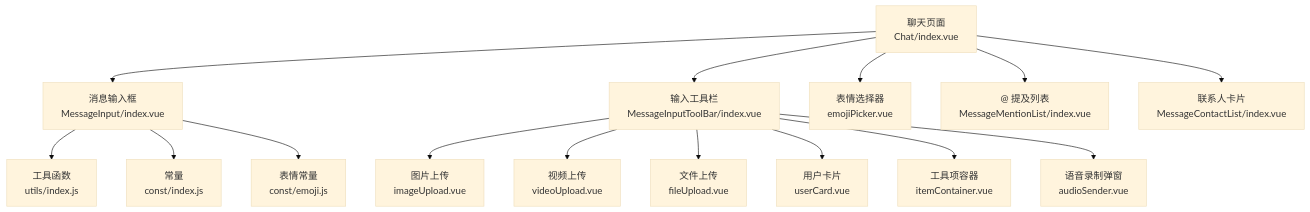
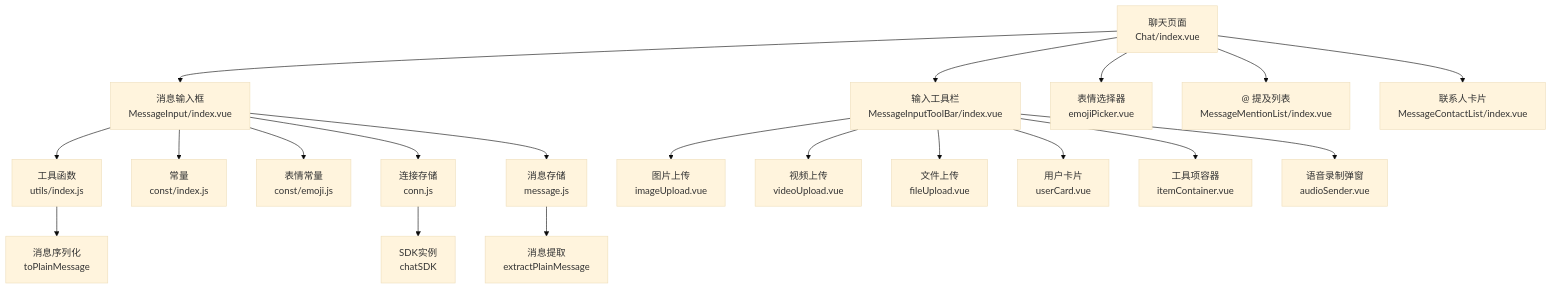
Before and after one commit to Easemob-Community/easemob-uikit-uniapp-community: the first of 8 diagrams in .qoder/repowiki/zh/content/聊天模块/消息输入组件.md, drawn with Mermaid (base theme). The commit also changed other lines of this file and 10 other files, not shown here.

````diff
--- a/.qoder/repowiki/zh/content/聊天模块/消息输入组件.md
+++ b/.qoder/repowiki/zh/content/聊天模块/消息输入组件.md
@@ -58,17 +60,22 @@
 ```mermaid
 graph TB
 ChatIndex["聊天页面<br/>Chat/index.vue"] --> MsgInput["消息输入框<br/>MessageInput/index.vue"]
 ChatIndex --> ToolBar["输入工具栏<br/>MessageInputToolBar/index.vue"]
 ChatIndex --> EmojiPicker["表情选择器<br/>emojiPicker.vue"]
 ChatIndex --> MentionList["@ 提及列表<br/>MessageMentionList/index.vue"]
 ChatIndex --> ContactList["联系人卡片<br/>MessageContactList/index.vue"]
 MsgInput --> Utils["工具函数<br/>utils/index.js"]
 MsgInput --> Const["常量<br/>const/index.js"]
 MsgInput --> EmojiConst["表情常量<br/>const/emoji.js"]
+MsgInput --> ConnStore["连接存储<br/>conn.js"]
+MsgInput --> MessageStore["消息存储<br/>message.js"]
 ToolBar --> ImgUpload["图片上传<br/>imageUpload.vue"]
 ToolBar --> VidUpload["视频上传<br/>videoUpload.vue"]
 ToolBar --> FileUpload["文件上传<br/>fileUpload.vue"]
 ToolBar --> UserCard["用户卡片<br/>userCard.vue"]
 ToolBar --> ItemContainer["工具项容器<br/>itemContainer.vue"]
 ToolBar --> AudioSender["语音录制弹窗<br/>audioSender.vue"]
+ConnStore --> SDK["SDK实例<br/>chatSDK"]
+MessageStore --> ExtractPlain["消息提取<br/>extractPlainMessage"]
+Utils --> ToPlain["消息序列化<br/>toPlainMessage"]
 ```
````
